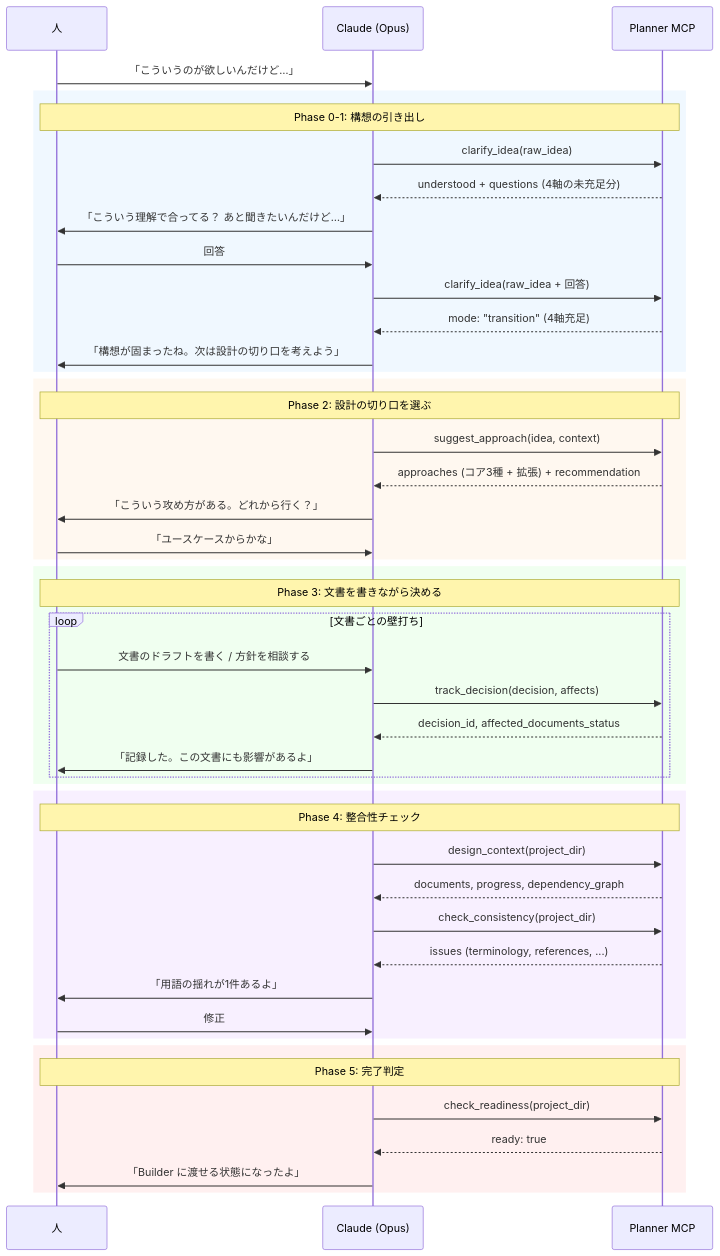
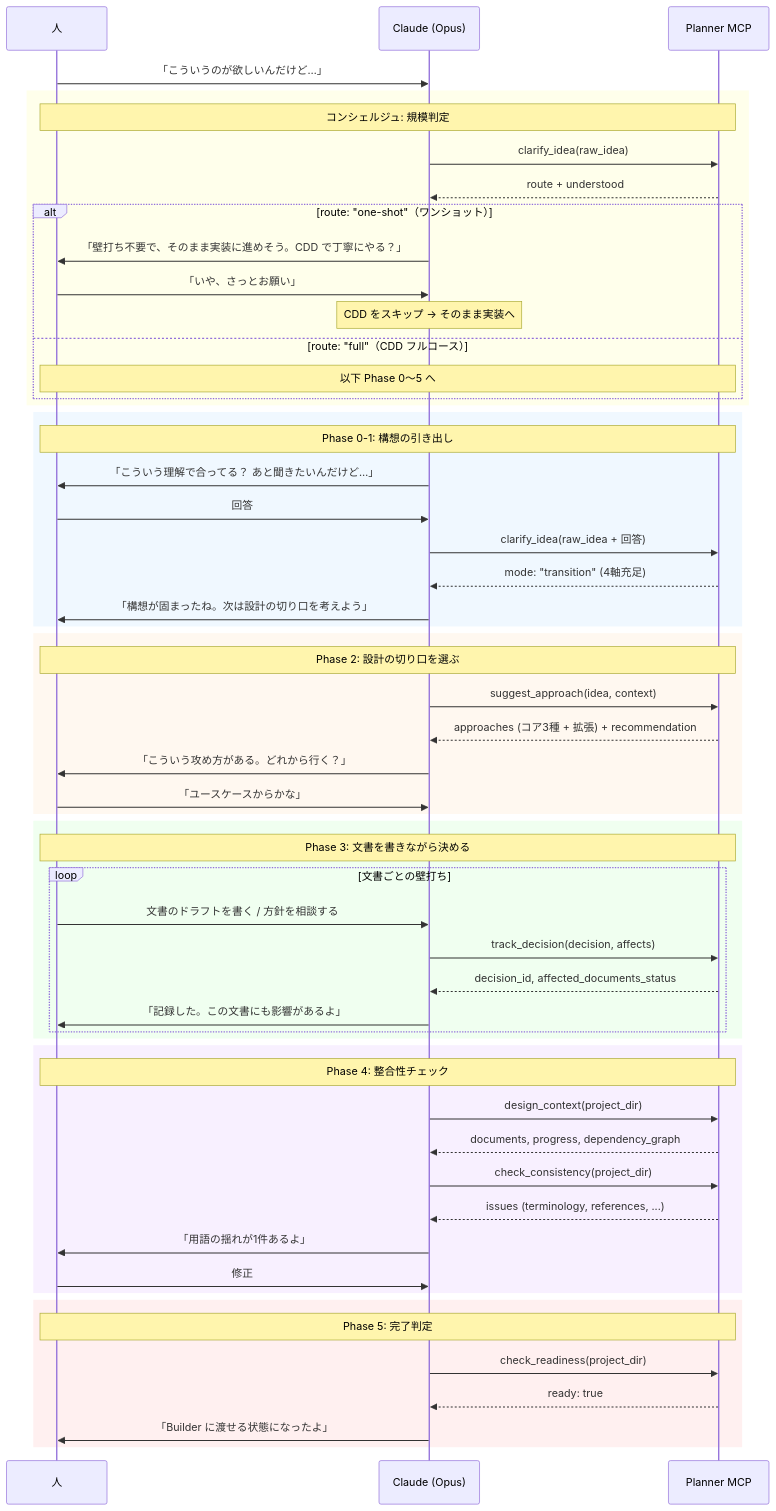
The diagram in docs/planner-design.md (cdd-evangelist/CDD-Assistants), drawn with Mermaid before and after one commit. The commit also changed other lines of this file, not shown here.

First line of the commit message:
Planner にコンシェルジュ（規模判定）機能を設計追加

````diff
--- a/docs/planner-design.md
+++ b/docs/planner-design.md
@@ -603,54 +659,66 @@
 ```mermaid
 sequenceDiagram
     participant H as 人
     participant C as Claude (Opus)
     participant P as Planner MCP
 
     H->>C: 「こういうのが欲しいんだけど…」
 
+    rect rgb(255, 255, 235)
+        Note over H,P: コンシェルジュ: 規模判定
+        C->>P: clarify_idea(raw_idea)
+        P-->>C: route + understood
+
+        alt route: "one-shot"（ワンショット）
+            C->>H: 「壁打ち不要で、そのまま実装に進めそう。CDD で丁寧にやる？」
+            H->>C: 「いや、さっとお願い」
+            Note over C: CDD をスキップ → そのまま実装へ
+        else route: "full"（CDD フルコース）
+            Note over H,P: 以下 Phase 0〜5 へ
+        end
+    end
+
     rect rgb(240, 248, 255)
         Note over H,P: Phase 0-1: 構想の引き出し
-        C->>P: clarify_idea(raw_idea)
-        P-->>C: understood + questions (4軸の未充足分)
         C->>H: 「こういう理解で合ってる？ あと聞きたいんだけど…」
         H->>C: 回答
         C->>P: clarify_idea(raw_idea + 回答)
         P-->>C: mode: "transition" (4軸充足)
         C->>H: 「構想が固まったね。次は設計の切り口を考えよう」
     end
 
     rect rgb(255, 248, 240)
         Note over H,P: Phase 2: 設計の切り口を選ぶ
         C->>P: suggest_approach(idea, context)
         P-->>C: approaches (コア3種 + 拡張) + recommendation
         C->>H: 「こういう攻め方がある。どれから行く？」
         H->>C: 「ユースケースからかな」
     end
 
     rect rgb(240, 255, 240)
         Note over H,P: Phase 3: 文書を書きながら決める
         loop 文書ごとの壁打ち
             H->>C: 文書のドラフトを書く / 方針を相談する
             C->>P: track_decision(decision, affects)
             P-->>C: decision_id, affected_documents_status
             C->>H: 「記録した。この文書にも影響があるよ」
         end
     end
 
     rect rgb(248, 240, 255)
         Note over H,P: Phase 4: 整合性チェック
         C->>P: design_context(project_dir)
         P-->>C: documents, progress, dependency_graph
         C->>P: check_consistency(project_dir)
         P-->>C: issues (terminology, references, ...)
         C->>H: 「用語の揺れが1件あるよ」
         H->>C: 修正
     end
 
     rect rgb(255, 240, 240)
         Note over H,P: Phase 5: 完了判定
         C->>P: check_readiness(project_dir)
         P-->>C: ready: true
         C->>H: 「Builder に渡せる状態になったよ」
     end
 ```
````
